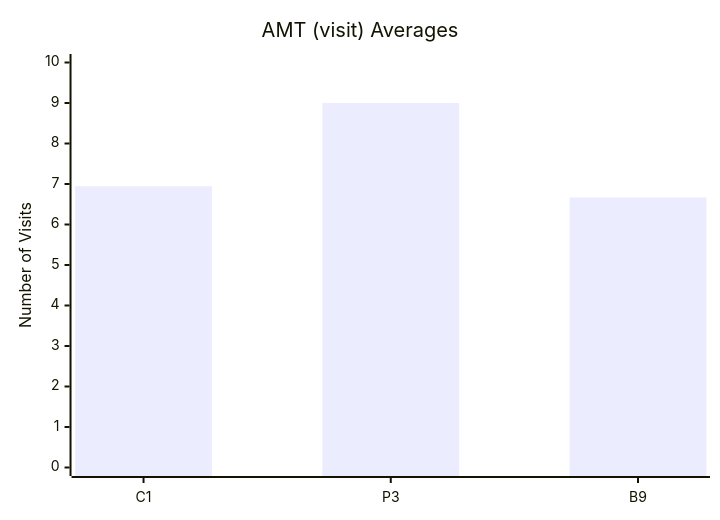
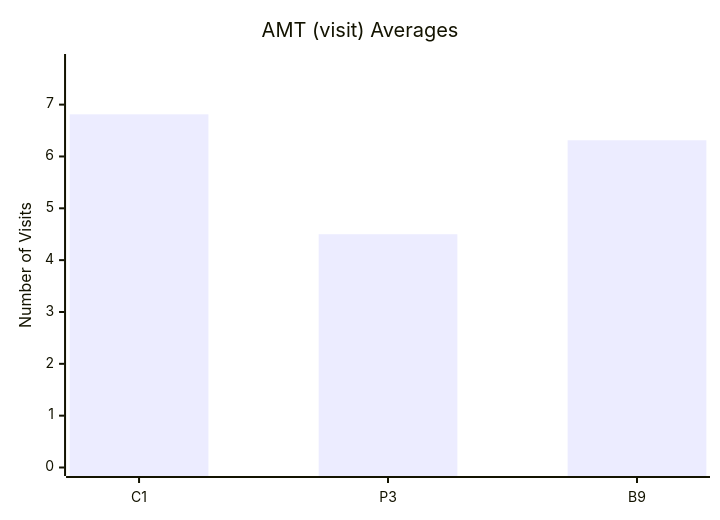
One commit to dhagan-va/intern-2025 changed the tenth of 10 diagrams in test-tools/DataGen/src/Statistics_Visualizer.md. Above: the diagram before and after it, drawn with Mermaid. The commit also changed other lines of this file and 5 other files, not shown here.

````diff
--- a/test-tools/DataGen/src/Statistics_Visualizer.md
+++ b/test-tools/DataGen/src/Statistics_Visualizer.md
@@ -107,7 +108,7 @@
 ```mermaid
 xychart-beta
     title "AMT (visit) Averages"
     x-axis ["C1", "P3", "B9"]
-    y-axis "Number of Visits" 0 --> 10.0
-    bar [6.944444444444445, 9.0, 6.666666666666667]
+    y-axis "Number of Visits" 0 --> 7.8125
+    bar [6.8125, 4.5, 6.3125]
 ```
````
